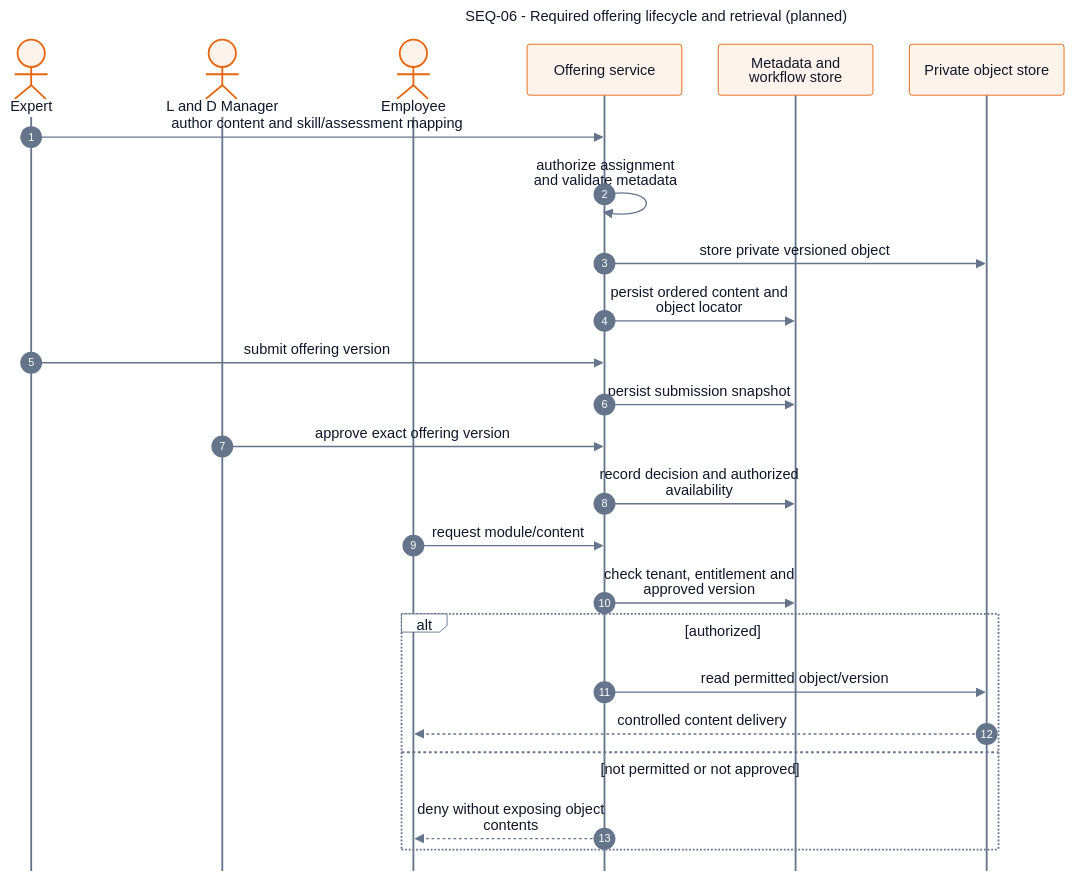
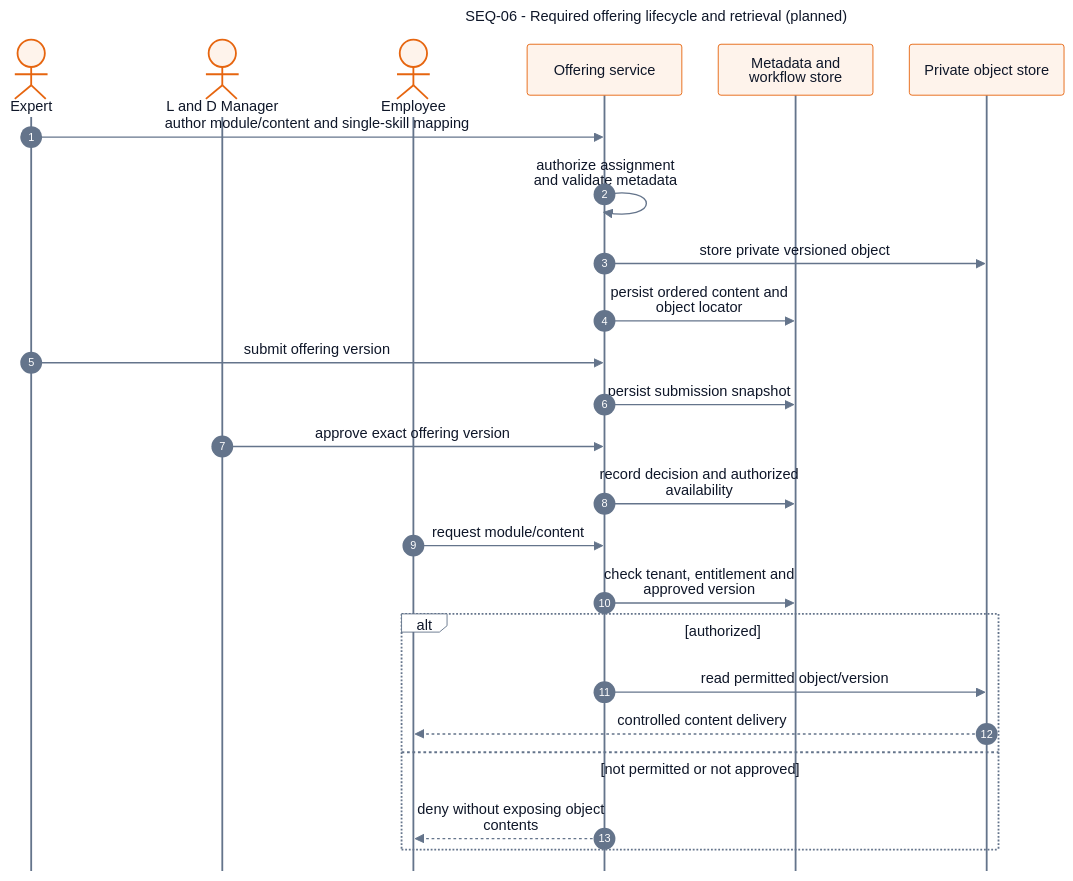
The diagram in documents/diagrams/mermaid/seq-06.mmd (SEP490-Fall-2026-GFA26SE64/SEP490), drawn with Mermaid before and after one commit. The commit also changed 19 other files, not shown here.

```diff
--- a/documents/diagrams/mermaid/seq-06.mmd
+++ b/documents/diagrams/mermaid/seq-06.mmd
@@ -1,28 +1,28 @@
 ---
 title: "SEQ-06 - Required offering lifecycle and retrieval (planned)"
 config: {"theme":"base","fontFamily":"Segoe UI, Arial, sans-serif","themeVariables":{"fontFamily":"Segoe UI, Arial, sans-serif","fontSize":"16px","primaryColor":"#ffffff","primaryTextColor":"#0f1729","primaryBorderColor":"#64748b","secondaryColor":"#fef3eb","tertiaryColor":"#ffffff","lineColor":"#64748b","textColor":"#0f1729","mainBkg":"#ffffff","background":"#ffffff","clusterBkg":"#ffffff","clusterBorder":"#64748b","edgeLabelBackground":"#ffffff","titleColor":"#0f1729","noteBkgColor":"#fef3eb","noteTextColor":"#0f1729","noteBorderColor":"#e6650f","actorBkg":"#fef3eb","actorBorder":"#e6650f","actorTextColor":"#0f1729","actorLineColor":"#64748b","signalColor":"#64748b","signalTextColor":"#0f1729","labelBoxBkgColor":"#ffffff","labelBoxBorderColor":"#64748b","labelTextColor":"#0f1729","loopTextColor":"#0f1729","activationBkgColor":"#fef3eb","activationBorderColor":"#e6650f","sequenceNumberColor":"#ffffff","secondaryBorderColor":"#64748b","tertiaryBorderColor":"#64748b","secondaryTextColor":"#0f1729","tertiaryTextColor":"#0f1729"},"sequence":{"actorMargin":40,"width":170,"height":56,"diagramMarginX":24,"diagramMarginY":24,"boxMargin":12,"boxTextMargin":8,"noteMargin":16,"messageMargin":38,"mirrorActors":false,"wrap":true,"wrapPadding":12,"actorFontSize":15,"messageFontSize":14,"noteFontSize":14,"actorFontFamily":"Segoe UI, Arial, sans-serif","messageFontFamily":"Segoe UI, Arial, sans-serif","noteFontFamily":"Segoe UI, Arial, sans-serif"},"themeCSS":".actor-line { stroke-width: 1px; }"}
 ---
 sequenceDiagram
   autonumber
   actor SDD_SEQ_06_Expert as Expert
   actor SDD_SEQ_06_LD as L and D Manager
   actor SDD_SEQ_06_Employee as Employee
   participant SDD_SEQ_06_Service as Offering service
   participant SDD_SEQ_06_DB as Metadata and workflow store
   participant SDD_SEQ_06_Store as Private object store
-  SDD_SEQ_06_Expert->>SDD_SEQ_06_Service: author content and skill/assessment mapping
+  SDD_SEQ_06_Expert->>SDD_SEQ_06_Service: author module/content and single-skill mapping
   SDD_SEQ_06_Service->>SDD_SEQ_06_Service: authorize assignment and validate metadata
   SDD_SEQ_06_Service->>SDD_SEQ_06_Store: store private versioned object
   SDD_SEQ_06_Service->>SDD_SEQ_06_DB: persist ordered content and object locator
   SDD_SEQ_06_Expert->>SDD_SEQ_06_Service: submit offering version
   SDD_SEQ_06_Service->>SDD_SEQ_06_DB: persist submission snapshot
   SDD_SEQ_06_LD->>SDD_SEQ_06_Service: approve exact offering version
   SDD_SEQ_06_Service->>SDD_SEQ_06_DB: record decision and authorized availability
   SDD_SEQ_06_Employee->>SDD_SEQ_06_Service: request module/content
   SDD_SEQ_06_Service->>SDD_SEQ_06_DB: check tenant, entitlement and approved version
   alt authorized
   SDD_SEQ_06_Service->>SDD_SEQ_06_Store: read permitted object/version
   SDD_SEQ_06_Store-->>SDD_SEQ_06_Employee: controlled content delivery
   else not permitted or not approved
   SDD_SEQ_06_Service-->>SDD_SEQ_06_Employee: deny without exposing object contents
   end
```
